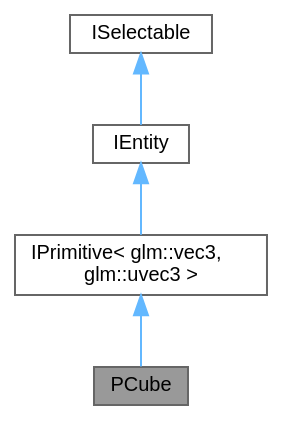
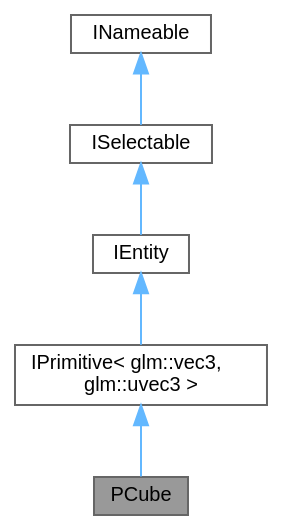
The diagram in docs/class_p_cube__inherit__graph.dot (BlankMat/BlankMat), drawn with Graphviz before and after one commit. The commit also changed 457 other files, not shown here.

```diff
--- a/docs/class_p_cube__inherit__graph.dot
+++ b/docs/class_p_cube__inherit__graph.dot
@@ -1,14 +1,16 @@
 digraph "PCube"
 {
  // LATEX_PDF_SIZE
   bgcolor="transparent";
   edge [fontname=Helvetica,fontsize=10,labelfontname=Helvetica,labelfontsize=10];
   node [fontname=Helvetica,fontsize=10,shape=box,height=0.2,width=0.4];
   Node1 [id="Node000001",label="PCube",height=0.2,width=0.4,color="gray40", fillcolor="grey60", style="filled", fontcolor="black",tooltip=" "];
   Node2 -> Node1 [id="edge1_Node000001_Node000002",dir="back",color="steelblue1",style="solid",tooltip=" "];
   Node2 [id="Node000002",label="IPrimitive\< glm::vec3,\l glm::uvec3 \>",height=0.2,width=0.4,color="gray40", fillcolor="white", style="filled",URL="$class_i_primitive.html",tooltip=" "];
   Node3 -> Node2 [id="edge2_Node000002_Node000003",dir="back",color="steelblue1",style="solid",tooltip=" "];
   Node3 [id="Node000003",label="IEntity",height=0.2,width=0.4,color="gray40", fillcolor="white", style="filled",URL="$class_i_entity.html",tooltip=" "];
   Node4 -> Node3 [id="edge3_Node000003_Node000004",dir="back",color="steelblue1",style="solid",tooltip=" "];
   Node4 [id="Node000004",label="ISelectable",height=0.2,width=0.4,color="gray40", fillcolor="white", style="filled",URL="$class_i_selectable.html",tooltip="Interface for all items that can be selected to be viewed in the inspector."];
+  Node5 -> Node4 [id="edge4_Node000004_Node000005",dir="back",color="steelblue1",style="solid",tooltip=" "];
+  Node5 [id="Node000005",label="INameable",height=0.2,width=0.4,color="gray40", fillcolor="white", style="filled",URL="$class_i_nameable.html",tooltip="An object that keeps track of its name and scope."];
 }
```
